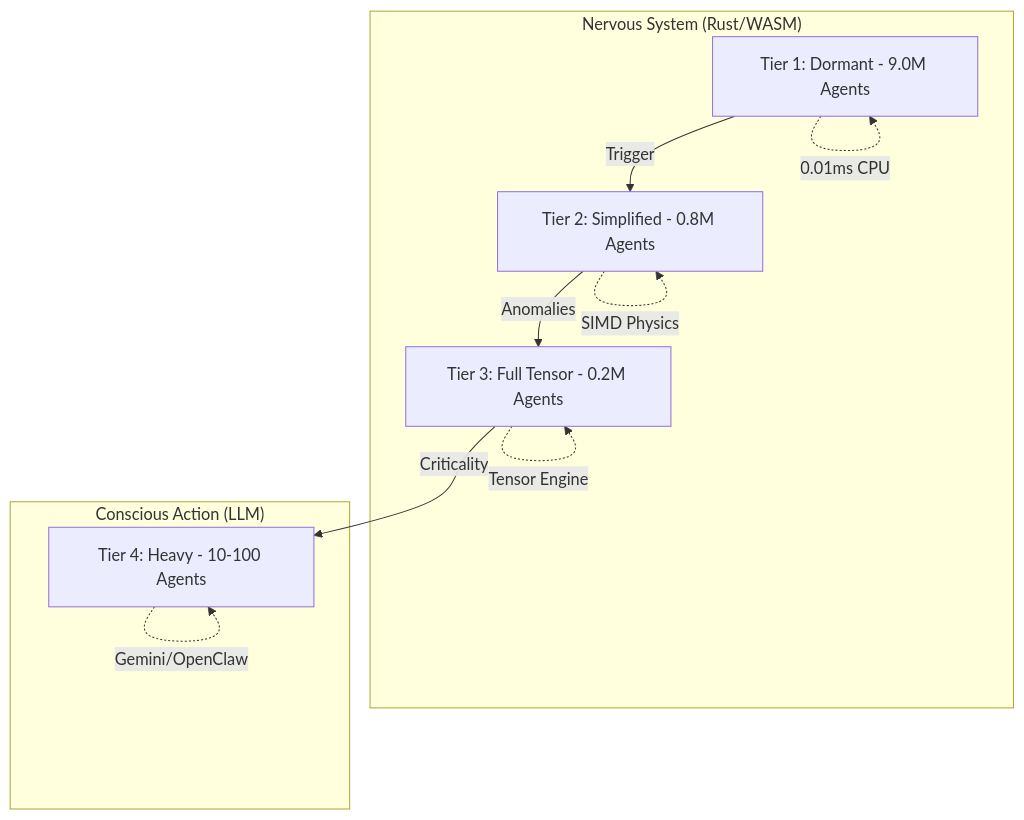
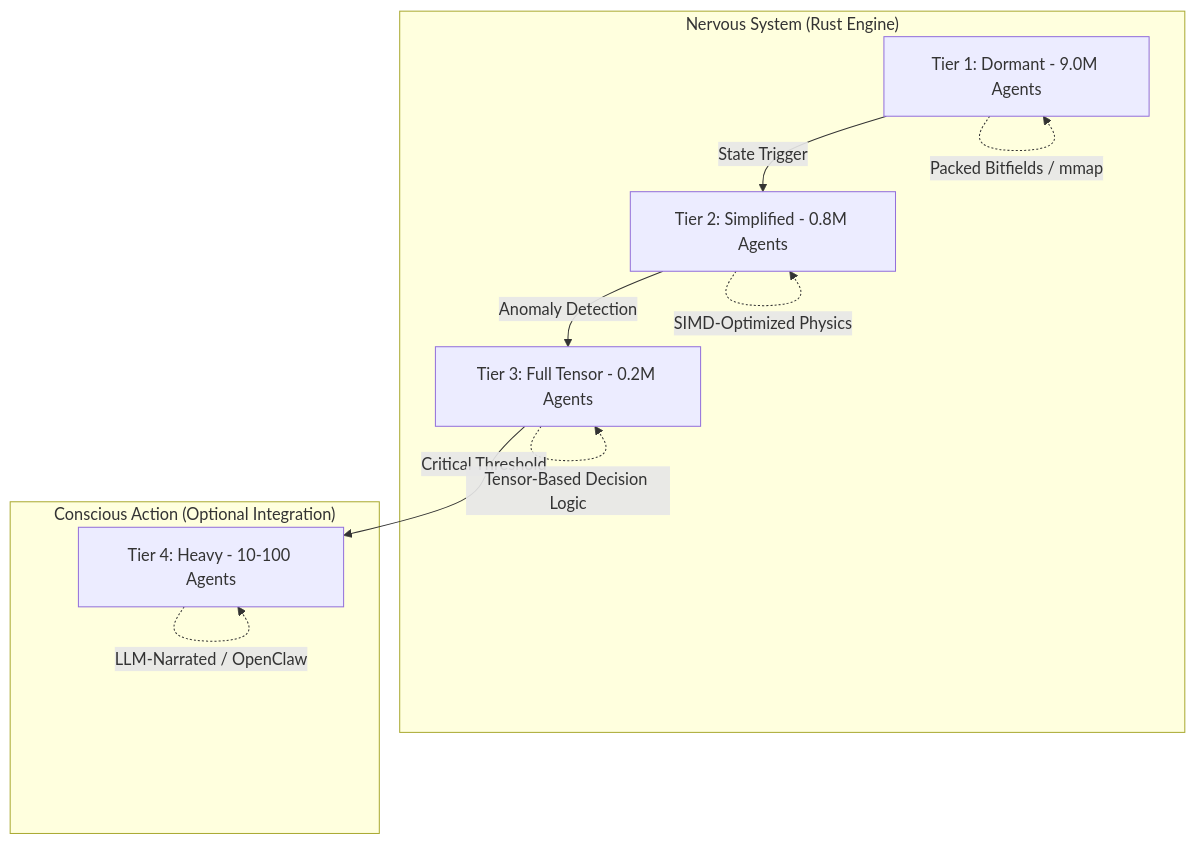
One commit to juyterman1000/ebbiforge changed the diagram in README.md. Above: the diagram before and after it, drawn with Mermaid. The commit also changed other lines of this file and 2 other files, not shown here.

````diff
--- a/README.md
+++ b/README.md
@@ -54,17 +30,17 @@
 ```mermaid
 graph TD
-    T1[Tier 1: Dormant - 9.0M Agents] -->|Trigger| T2
-    T2[Tier 2: Simplified - 0.8M Agents] -->|Anomalies| T3
-    T3[Tier 3: Full Tensor - 0.2M Agents] -->|Criticality| T4
+    T1[Tier 1: Dormant - 9.0M Agents] -->|State Trigger| T2
+    T2[Tier 2: Simplified - 0.8M Agents] -->|Anomaly Detection| T3
+    T3[Tier 3: Full Tensor - 0.2M Agents] -->|Critical Threshold| T4
     T4[Tier 4: Heavy - 10-100 Agents]
 
-    subgraph "Nervous System (Rust/WASM)"
-    T1 -.->|0.01ms CPU| T1
-    T2 -.->|SIMD Physics| T2
-    T3 -.->|Tensor Engine| T3
+    subgraph "Nervous System (Rust Engine)"
+    T1 -.->|Packed Bitfields / mmap| T1
+    T2 -.->|SIMD-Optimized Physics| T2
+    T3 -.->|Tensor-Based Decision Logic| T3
     end
 
-    subgraph "Conscious Action (LLM)"
-    T4 -.->|Gemini/OpenClaw| T4
+    subgraph "Conscious Action (Optional Integration)"
+    T4 -.->|LLM-Narrated / OpenClaw| T4
     end
 ```
````
